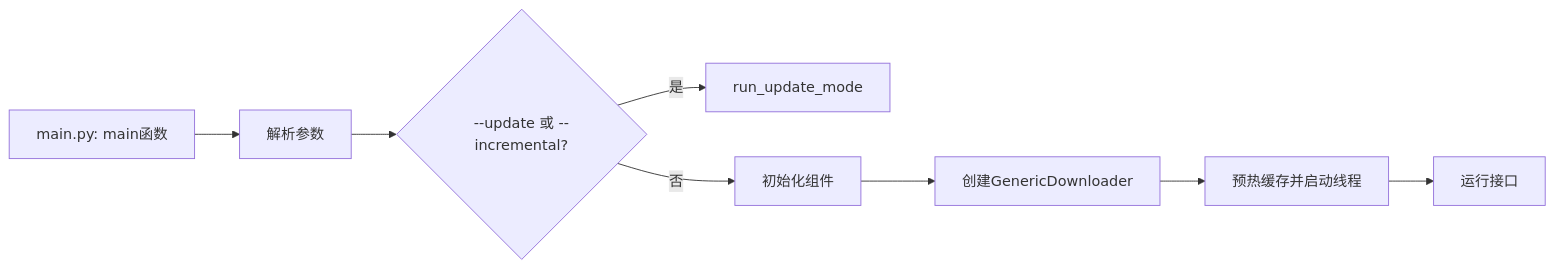
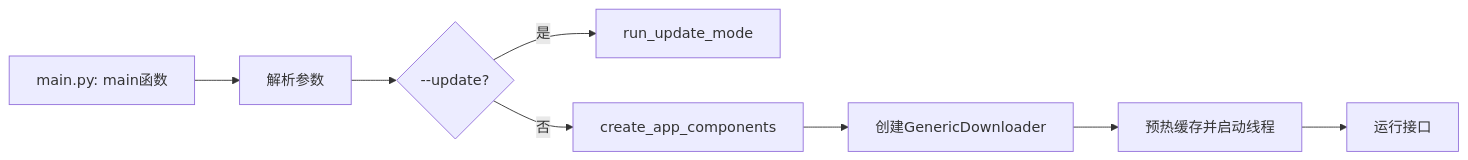
Before and after one commit to k2o333/quantaalpha: the second of 17 diagrams in p/main_to_interface_flow.md, drawn with Mermaid. The commit also changed other lines of this file and 1 other file, not shown here.

````diff
--- a/p/main_to_interface_flow.md
+++ b/p/main_to_interface_flow.md
@@ -96,10 +106,10 @@
 ```mermaid
 graph LR
     A[main.py: main函数] --> B[解析参数]
-    B --> C{--update 或 --incremental?}
+    B --> C{--update?}
     C -->|是| D[run_update_mode]
-    C -->|否| E[初始化组件]
+    C -->|否| E[create_app_components]
     E --> F[创建GenericDownloader]
     F --> G[预热缓存并启动线程]
     G --> H[运行接口]
 ```
````
